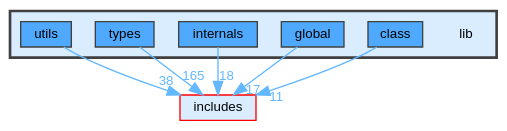
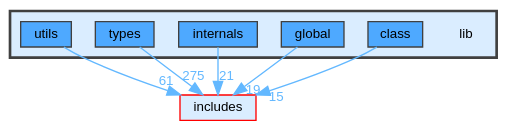
One commit to JS-CMP/JS-CMP changed the diagram in dir_97aefd0d527b934f1d99a682da8fe6a9_dep.dot. Above: the diagram before and after it, drawn with Graphviz. The commit also changed 855 other files, not shown here.

```diff
--- a/dir_97aefd0d527b934f1d99a682da8fe6a9_dep.dot
+++ b/dir_97aefd0d527b934f1d99a682da8fe6a9_dep.dot
@@ -1,23 +1,23 @@
 digraph "lib"
 {
  // LATEX_PDF_SIZE
   bgcolor="transparent";
   edge [fontname=Helvetica,fontsize=10,labelfontname=Helvetica,labelfontsize=10];
   node [fontname=Helvetica,fontsize=10,shape=box,height=0.2,width=0.4];
   compound=true
   subgraph clusterdir_97aefd0d527b934f1d99a682da8fe6a9 {
     graph [ bgcolor="#daedff", pencolor="grey25", label="", fontname=Helvetica,fontsize=10 style="filled,bold", URL="dir_97aefd0d527b934f1d99a682da8fe6a9.html",tooltip=""]
     dir_97aefd0d527b934f1d99a682da8fe6a9 [shape=plaintext, label="lib"];
   dir_285d619cbfa84c6430bdb6c8ccfd6309 [label="class", fillcolor="#4ea9ff", color="grey25", style="filled", URL="dir_285d619cbfa84c6430bdb6c8ccfd6309.html",tooltip=""];
   dir_e5351f453d76e877d7266eb645a452b4 [label="global", fillcolor="#4ea9ff", color="grey25", style="filled", URL="dir_e5351f453d76e877d7266eb645a452b4.html",tooltip=""];
   dir_b676090d228801dd7ffbbb73657bbc43 [label="internals", fillcolor="#4ea9ff", color="grey25", style="filled", URL="dir_b676090d228801dd7ffbbb73657bbc43.html",tooltip=""];
   dir_560694f03ee5bf1136d79e4f1ca1ca37 [label="types", fillcolor="#4ea9ff", color="grey25", style="filled", URL="dir_560694f03ee5bf1136d79e4f1ca1ca37.html",tooltip=""];
   dir_4ce02b87227cef1244bdd1fa3b12a08b [label="utils", fillcolor="#4ea9ff", color="grey25", style="filled", URL="dir_4ce02b87227cef1244bdd1fa3b12a08b.html",tooltip=""];
   }
   dir_09e761304027c904456130627fd4dcf5 [label="includes", fillcolor="#daedff", color="red", style="filled", URL="dir_09e761304027c904456130627fd4dcf5.html",tooltip=""];
-  dir_285d619cbfa84c6430bdb6c8ccfd6309->dir_09e761304027c904456130627fd4dcf5 [headlabel="11", labeldistance=1.5 headhref="dir_000007_000018.html" href="dir_000007_000018.html" color="steelblue1" fontcolor="steelblue1"];
-  dir_e5351f453d76e877d7266eb645a452b4->dir_09e761304027c904456130627fd4dcf5 [headlabel="17", labeldistance=1.5 headhref="dir_000017_000018.html" href="dir_000017_000018.html" color="steelblue1" fontcolor="steelblue1"];
-  dir_b676090d228801dd7ffbbb73657bbc43->dir_09e761304027c904456130627fd4dcf5 [headlabel="18", labeldistance=1.5 headhref="dir_000020_000018.html" href="dir_000020_000018.html" color="steelblue1" fontcolor="steelblue1"];
-  dir_560694f03ee5bf1136d79e4f1ca1ca37->dir_09e761304027c904456130627fd4dcf5 [headlabel="165", labeldistance=1.5 headhref="dir_000037_000018.html" href="dir_000037_000018.html" color="steelblue1" fontcolor="steelblue1"];
-  dir_4ce02b87227cef1244bdd1fa3b12a08b->dir_09e761304027c904456130627fd4dcf5 [headlabel="38", labeldistance=1.5 headhref="dir_000041_000018.html" href="dir_000041_000018.html" color="steelblue1" fontcolor="steelblue1"];
+  dir_285d619cbfa84c6430bdb6c8ccfd6309->dir_09e761304027c904456130627fd4dcf5 [headlabel="15", labeldistance=1.5 headhref="dir_000007_000019.html" href="dir_000007_000019.html" color="steelblue1" fontcolor="steelblue1"];
+  dir_e5351f453d76e877d7266eb645a452b4->dir_09e761304027c904456130627fd4dcf5 [headlabel="19", labeldistance=1.5 headhref="dir_000018_000019.html" href="dir_000018_000019.html" color="steelblue1" fontcolor="steelblue1"];
+  dir_b676090d228801dd7ffbbb73657bbc43->dir_09e761304027c904456130627fd4dcf5 [headlabel="21", labeldistance=1.5 headhref="dir_000021_000019.html" href="dir_000021_000019.html" color="steelblue1" fontcolor="steelblue1"];
+  dir_560694f03ee5bf1136d79e4f1ca1ca37->dir_09e761304027c904456130627fd4dcf5 [headlabel="275", labeldistance=1.5 headhref="dir_000043_000019.html" href="dir_000043_000019.html" color="steelblue1" fontcolor="steelblue1"];
+  dir_4ce02b87227cef1244bdd1fa3b12a08b->dir_09e761304027c904456130627fd4dcf5 [headlabel="61", labeldistance=1.5 headhref="dir_000048_000019.html" href="dir_000048_000019.html" color="steelblue1" fontcolor="steelblue1"];
 }
```
